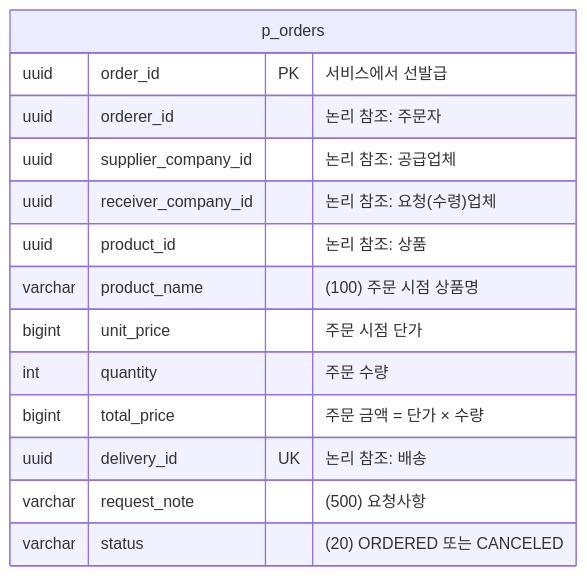
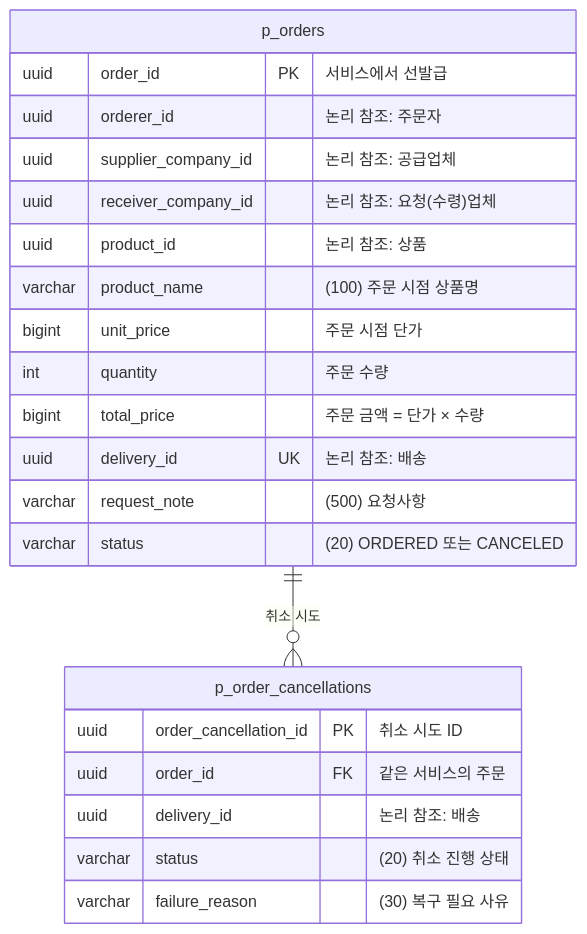
Diagram 16 of 20 in docs/SA/sparta-logistics-sa.md (logistics-group3/logistics-management), drawn with Mermaid before and after one commit. The commit also changed other lines of this file and 40 other files, not shown here.

````diff
--- a/docs/SA/sparta-logistics-sa.md
+++ b/docs/SA/sparta-logistics-sa.md
@@ -532,17 +533,25 @@
 ```mermaid
 erDiagram
+    p_orders ||--o{ p_order_cancellations : "취소 시도"
     p_orders {
         uuid order_id PK "서비스에서 선발급"
         uuid orderer_id "논리 참조: 주문자"
         uuid supplier_company_id "논리 참조: 공급업체"
         uuid receiver_company_id "논리 참조: 요청(수령)업체"
         uuid product_id "논리 참조: 상품"
         varchar product_name "(100) 주문 시점 상품명"
         bigint unit_price "주문 시점 단가"
         int quantity "주문 수량"
         bigint total_price "주문 금액 = 단가 × 수량"
         uuid delivery_id UK "논리 참조: 배송"
         varchar request_note "(500) 요청사항"
         varchar status "(20) ORDERED 또는 CANCELED"
     }
+    p_order_cancellations {
+        uuid order_cancellation_id PK "취소 시도 ID"
+        uuid order_id FK "같은 서비스의 주문"
+        uuid delivery_id "논리 참조: 배송"
+        varchar status "(20) 취소 진행 상태"
+        varchar failure_reason "(30) 복구 필요 사유"
+    }
 ```
````
